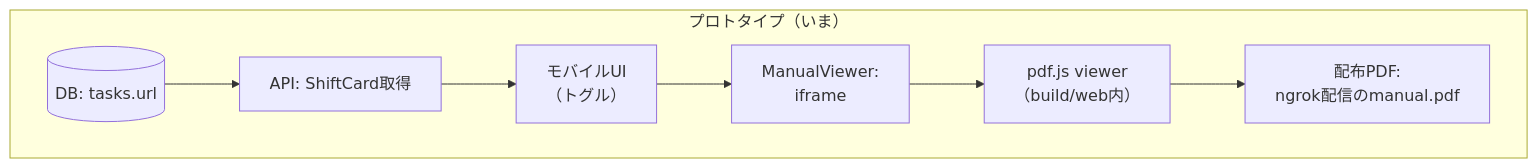
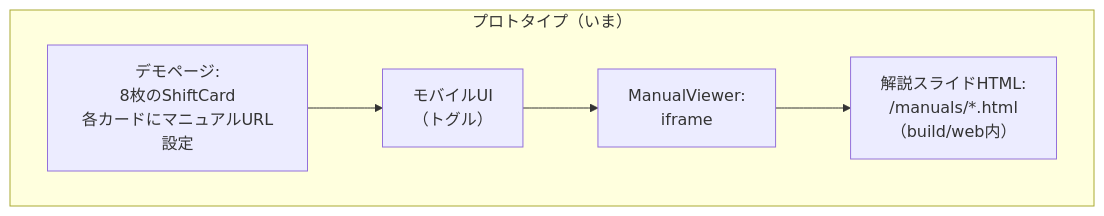
Before and after one commit to NUTFes/SeeFT: the third of 3 diagrams in .claude/manual-viewer-internal-architecture.md, drawn with Mermaid. The commit also changed other lines of this file and 4 other files, not shown here.

````diff
--- a/.claude/manual-viewer-internal-architecture.md
+++ b/.claude/manual-viewer-internal-architecture.md
@@ -152,17 +162,13 @@
 ```mermaid
 flowchart TD
   subgraph Proto[プロトタイプ（いま）]
-    DB[(DB: tasks.url)]
-    API[API: ShiftCard取得]
+    Demo["デモページ:<br/>8枚のShiftCard<br/>各カードにマニュアルURL設定"]
     Mobile["モバイルUI<br/>（トグル）"]
     IF["ManualViewer:<br/>iframe"]
-    PDFJS["pdf.js viewer<br/>（build/web内）"]
-    PDF["配布PDF:<br/>ngrok配信のmanual.pdf"]
+    HTML["解説スライドHTML:<br/>/manuals/*.html<br/>（build/web内）"]
 
-    DB --> API
-    API --> Mobile
+    Demo --> Mobile
     Mobile --> IF
-    IF --> PDFJS
-    PDFJS --> PDF
+    IF --> HTML
   end
 ```
````
